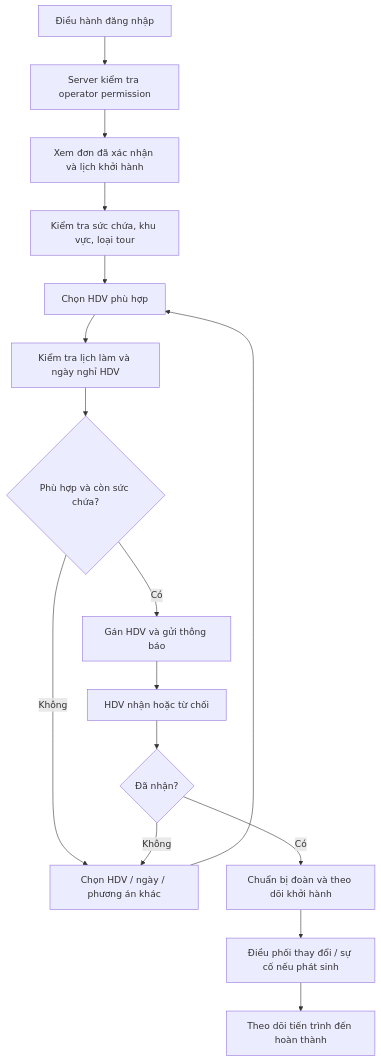
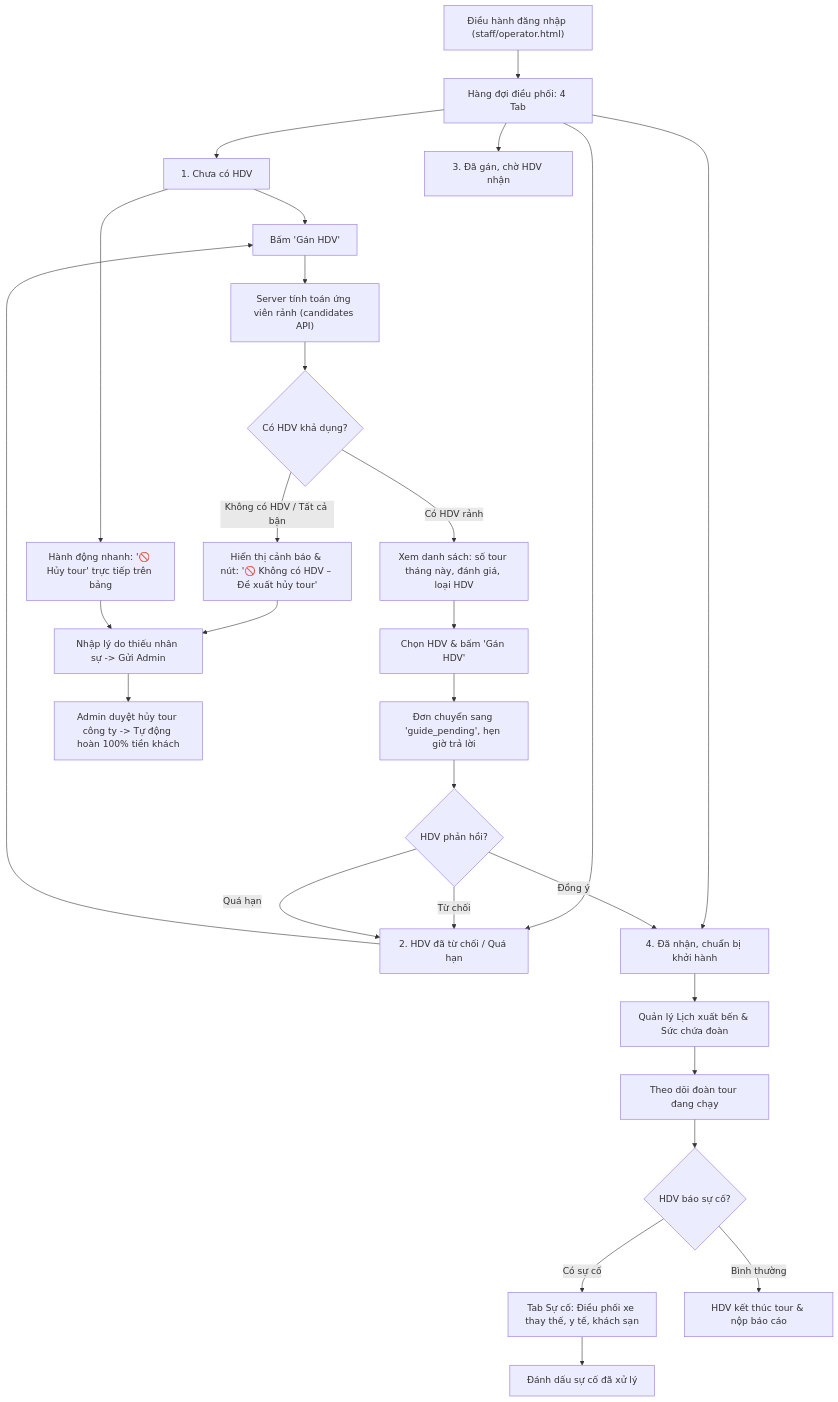
Before and after one commit to dongocphat007-ctrl/Travel: the diagram in docs/WORKFLOWS_TRAVEL/12_WORKFLOW_DIEU_HANH.md, drawn with Mermaid. The commit also changed other lines of this file and 139 other files, not shown here.

````diff
--- a/docs/WORKFLOWS_TRAVEL/12_WORKFLOW_DIEU_HANH.md
+++ b/docs/WORKFLOWS_TRAVEL/12_WORKFLOW_DIEU_HANH.md
@@ -3,18 +9,35 @@
 ```mermaid
 flowchart TD
- A[Điều hành đăng nhập] --> B[Server kiểm tra operator permission]
- B --> C[Xem đơn đã xác nhận và lịch khởi hành]
- C --> D[Kiểm tra sức chứa, khu vực, loại tour]
- D --> E[Chọn HDV phù hợp]
- E --> F[Kiểm tra lịch làm và ngày nghỉ HDV]
- F --> G{Phù hợp và còn sức chứa?}
- G -->|Không| H[Chọn HDV / ngày / phương án khác]
- H --> E
- G -->|Có| I[Gán HDV và gửi thông báo]
- I --> J[HDV nhận hoặc từ chối]
- J --> K{Đã nhận?}
- K -->|Không| H
- K -->|Có| L[Chuẩn bị đoàn và theo dõi khởi hành]
- L --> M[Điều phối thay đổi / sự cố nếu phát sinh]
- M --> N[Theo dõi tiến trình đến hoàn thành]
+  A["Điều hành đăng nhập (staff/operator.html)"] --> B["Hàng đợi điều phối: 4 Tab"]
+  B --> B1["1. Chưa có HDV"]
+  B --> B2["2. HDV đã từ chối / Quá hạn"]
+  B --> B3["3. Đã gán, chờ HDV nhận"]
+  B --> B4["4. Đã nhận, chuẩn bị khởi hành"]
+
+  B1 --> C["Bấm 'Gán HDV'"]
+  B2 --> C
+  C --> D["Server tính toán ứng viên rảnh (candidates API)"]
+  D --> E{"Có HDV khả dụng?"}
+
+  E -- "Có HDV rảnh" --> F["Xem danh sách: số tour tháng này, đánh giá, loại HDV"]
+  F --> G["Chọn HDV & bấm 'Gán HDV'"]
+  G --> H["Đơn chuyển sang 'guide_pending', hẹn giờ trả lời"]
+
+  E -- "Không có HDV / Tất cả bận" --> I["Hiển thị cảnh báo & nút: '🚫 Không có HDV – Đề xuất hủy tour'"]
+  I --> J["Nhập lý do thiếu nhân sự -> Gửi Admin"]
+  B1 --> J1["Hành động nhanh: '🚫 Hủy tour' trực tiếp trên bảng"]
+  J1 --> J
+  J --> K["Admin duyệt hủy tour công ty -> Tự động hoàn 100% tiền khách"]
+
+  H --> L{"HDV phản hồi?"}
+  L -- "Từ chối" --> B2
+  L -- "Quá hạn" --> B2
+  L -- "Đồng ý" --> B4
+
+  B4 --> M["Quản lý Lịch xuất bến & Sức chứa đoàn"]
+  M --> N["Theo dõi đoàn tour đang chạy"]
+  N --> O{"HDV báo sự cố?"}
+  O -- "Có sự cố" --> P["Tab Sự cố: Điều phối xe thay thế, y tế, khách sạn"]
+  P --> Q["Đánh dấu sự cố đã xử lý"]
+  O -- "Bình thường" --> R["HDV kết thúc tour & nộp báo cáo"]
 ```
````
